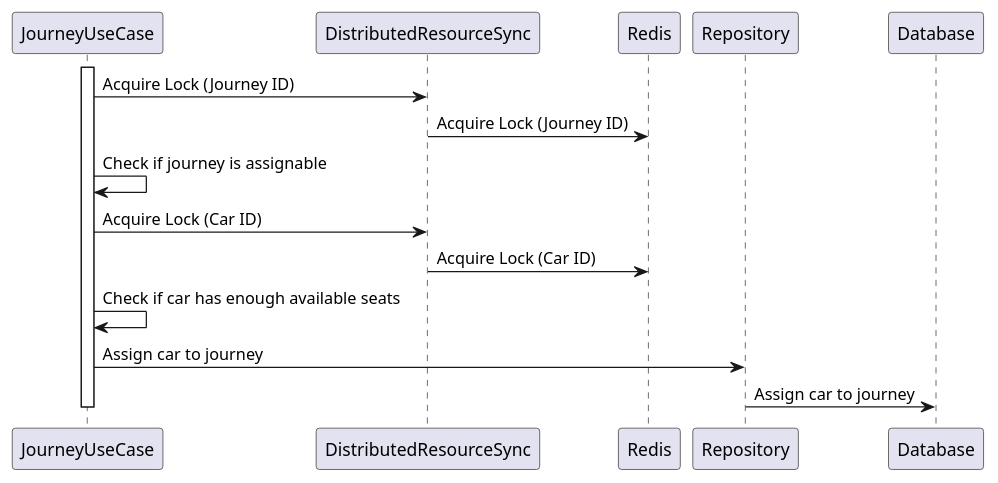
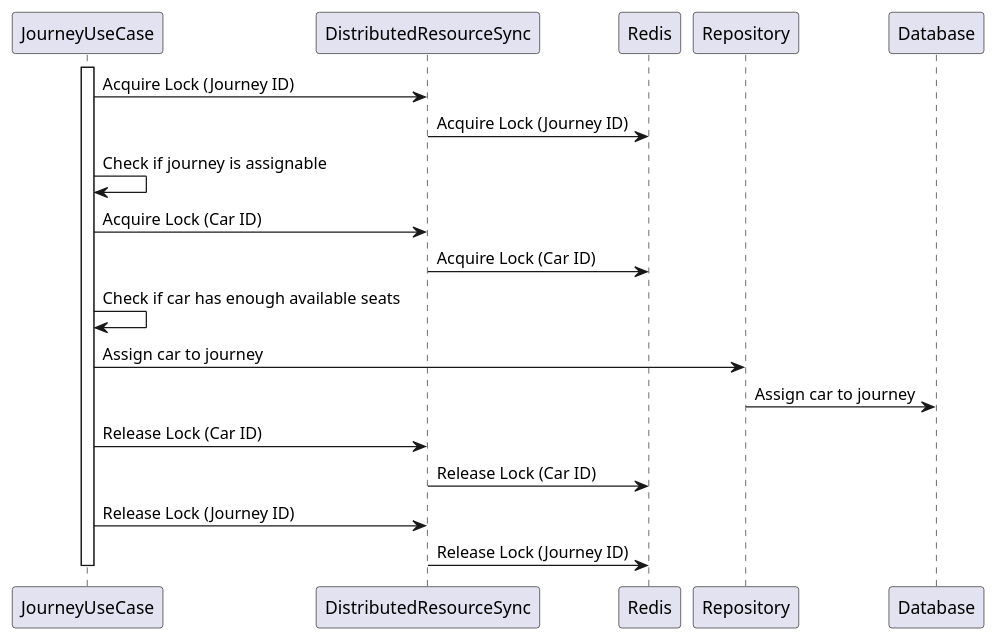
The diagram in docs/diagrams/sequence/assign-car-to-journey.puml (NicolasBachs/cabify-challenge), drawn with PlantUML before and after one commit. The commit also changed 3 other files, not shown here.

Commit message:
docs: tweaks sequence diagrams

```diff
--- a/docs/diagrams/sequence/assign-car-to-journey.puml
+++ b/docs/diagrams/sequence/assign-car-to-journey.puml
@@ -1,18 +1,22 @@
 @startuml assign-car-to-journey
 participant JourneyUseCase
 participant DistributedResourceSync
 participant Redis
 participant Repository
 participant Database
 
 activate JourneyUseCase
 JourneyUseCase -> DistributedResourceSync: Acquire Lock (Journey ID)
 DistributedResourceSync -> Redis: Acquire Lock (Journey ID)
 JourneyUseCase -> JourneyUseCase: Check if journey is assignable
 JourneyUseCase -> DistributedResourceSync: Acquire Lock (Car ID)
 DistributedResourceSync -> Redis: Acquire Lock (Car ID)
 JourneyUseCase -> JourneyUseCase: Check if car has enough available seats
 JourneyUseCase -> Repository: Assign car to journey
 Repository -> Database: Assign car to journey
+JourneyUseCase -> DistributedResourceSync: Release Lock (Car ID)
+DistributedResourceSync -> Redis: Release Lock (Car ID)
+JourneyUseCase -> DistributedResourceSync: Release Lock (Journey ID)
+DistributedResourceSync -> Redis: Release Lock (Journey ID)
 deactivate JourneyUseCase
 @enduml
```
